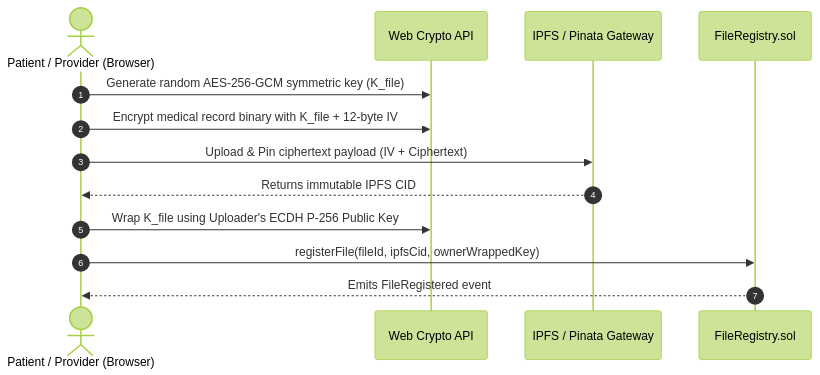
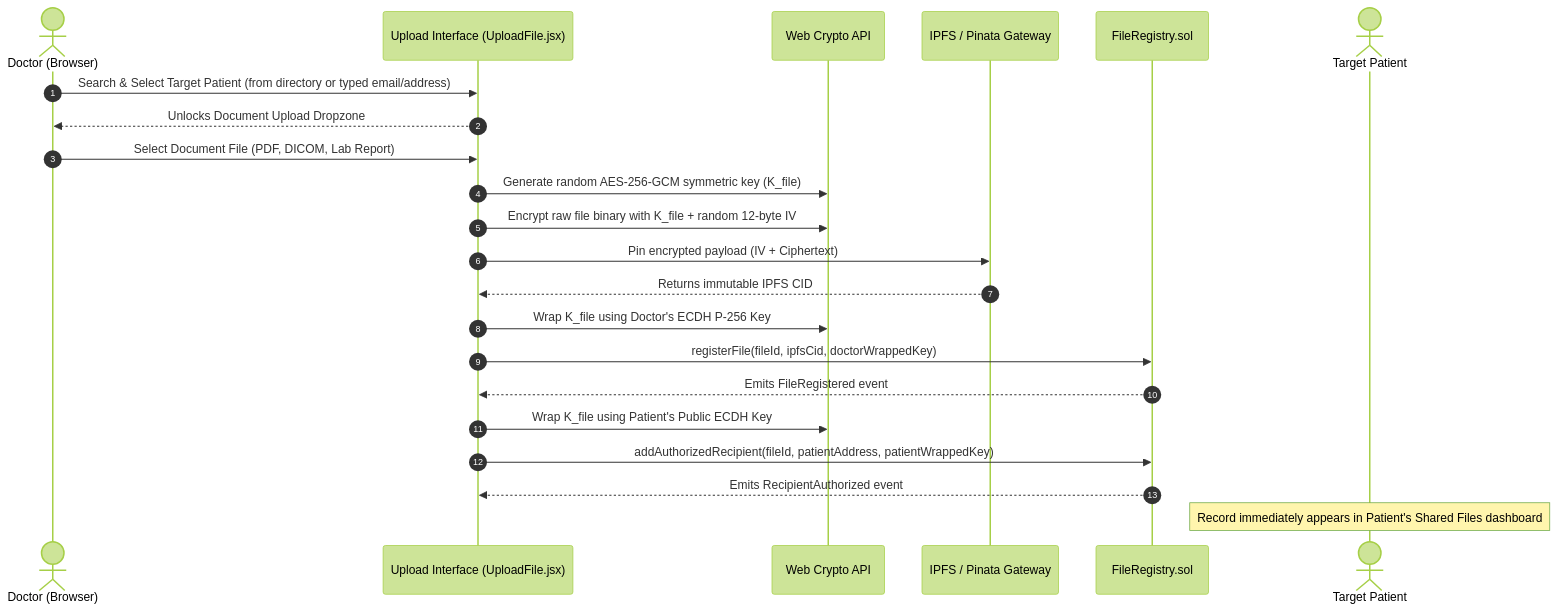
Before and after one commit to Anmol4679/blockchain_project_vit: the first of 3 diagrams in README.md, drawn with Mermaid (forest theme). The commit also changed other lines of this file, not shown here.

Commit message:
docs: update README with healthcare RBAC, doctor-patient workflows, and certificate verification

````diff
--- a/README.md
+++ b/README.md
@@ -72,16 +83,25 @@
 ```mermaid
 sequenceDiagram
     autonumber
-    actor Patient as Patient / Provider (Browser)
+    actor Doctor as Doctor (Browser)
+    participant UI as Upload Interface (UploadFile.jsx)
     participant Crypto as Web Crypto API
     participant IPFS as IPFS / Pinata Gateway
     participant Chain as FileRegistry.sol
+    actor Patient as Target Patient
 
-    Patient->>Crypto: Generate random AES-256-GCM symmetric key (K_file)
-    Patient->>Crypto: Encrypt medical record binary with K_file + 12-byte IV
-    Patient->>IPFS: Upload & Pin ciphertext payload (IV + Ciphertext)
-    IPFS-->>Patient: Returns immutable IPFS CID
-    Patient->>Crypto: Wrap K_file using Uploader's ECDH P-256 Public Key
-    Patient->>Chain: registerFile(fileId, ipfsCid, ownerWrappedKey)
-    Chain-->>Patient: Emits FileRegistered event
+    Doctor->>UI: Search & Select Target Patient (from directory or typed email/address)
+    UI-->>Doctor: Unlocks Document Upload Dropzone
+    Doctor->>UI: Select Document File (PDF, DICOM, Lab Report)
+    UI->>Crypto: Generate random AES-256-GCM symmetric key (K_file)
+    UI->>Crypto: Encrypt raw file binary with K_file + random 12-byte IV
+    UI->>IPFS: Pin encrypted payload (IV + Ciphertext)
+    IPFS-->>UI: Returns immutable IPFS CID
+    UI->>Crypto: Wrap K_file using Doctor's ECDH P-256 Key
+    UI->>Chain: registerFile(fileId, ipfsCid, doctorWrappedKey)
+    Chain-->>UI: Emits FileRegistered event
+    UI->>Crypto: Wrap K_file using Patient's Public ECDH Key
+    UI->>Chain: addAuthorizedRecipient(fileId, patientAddress, patientWrappedKey)
+    Chain-->>UI: Emits RecipientAuthorized event
+    Note over Patient: Record immediately appears in Patient's Shared Files dashboard
 ```
````
